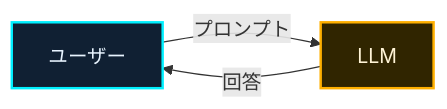
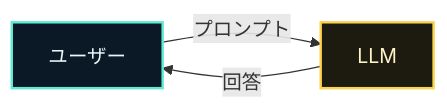
Before and after one commit to theomonfort/theomonfort: the first of 3 diagrams in src/content/playbook/ja/harness-engineering.md, drawn with Mermaid. The commit also changed other lines of this file and 607 other files, not shown here.

````diff
--- a/src/content/playbook/ja/harness-engineering.md
+++ b/src/content/playbook/ja/harness-engineering.md
@@ -61,10 +61,10 @@
 ```mermaid
 flowchart LR
   You[ユーザー] -->|プロンプト| LLM[LLM]
   LLM -->|回答| You
 
-  classDef human fill:#102033,stroke:#00f0ff,color:#e8f4ff,stroke-width:2px;
-  classDef llm fill:#302500,stroke:#ffb000,color:#fff4d6,stroke-width:2px;
+  classDef human fill:#0b1826,stroke:#5eead4,color:#ecf7fb,stroke-width:2px;
+  classDef llm fill:#1d1a10,stroke:#fcd34d,color:#fef3c7,stroke-width:2px;
   class You human;
   class LLM llm;
 ```
````
